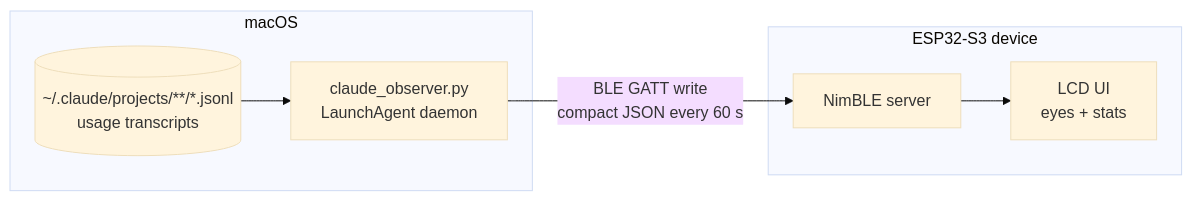
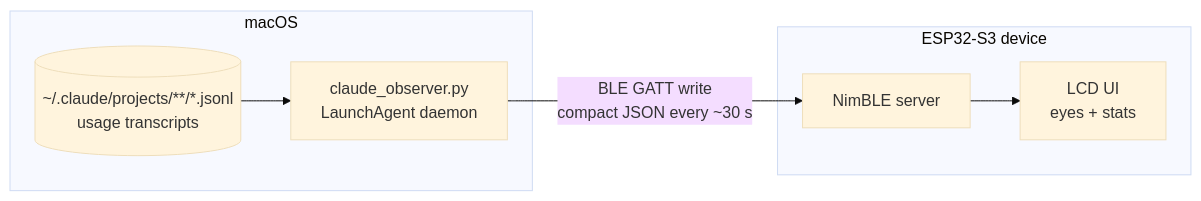
One commit to EbrithilNogare/ClaudeObserver changed the first of 2 diagrams in README.md. Above: the diagram before and after it, drawn with Mermaid (base theme). The commit also changed other lines of this file and 4 other files, not shown here.

````diff
--- a/README.md
+++ b/README.md
@@ -16,11 +16,11 @@
 ```mermaid
 flowchart LR
     subgraph mac [macOS]
         J[("~/.claude/projects/**/*.jsonl<br/>usage transcripts")] --> D
         D["claude_observer.py<br/>LaunchAgent daemon"]
     end
-    D -- "BLE GATT write<br/>compact JSON every 60 s" --> E
+    D -- "BLE GATT write<br/>compact JSON every ~30 s" --> E
     subgraph device [ESP32-S3 device]
         E["NimBLE server"] --> U["LCD UI<br/>eyes + stats"]
     end
 ```
````
